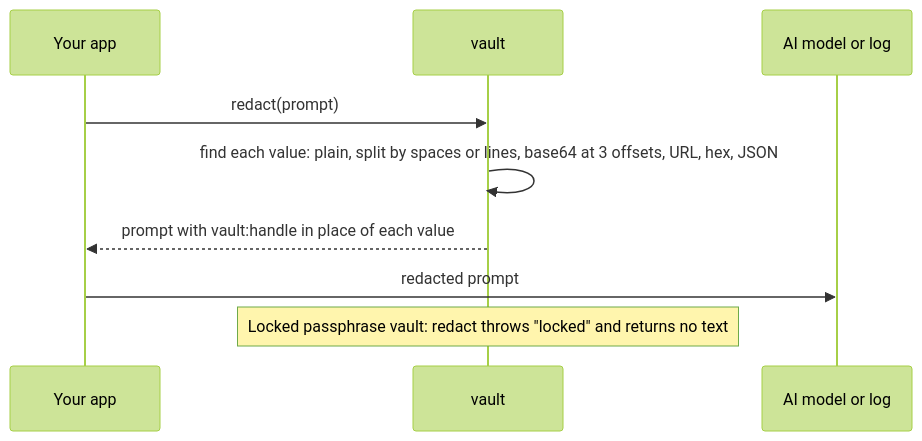
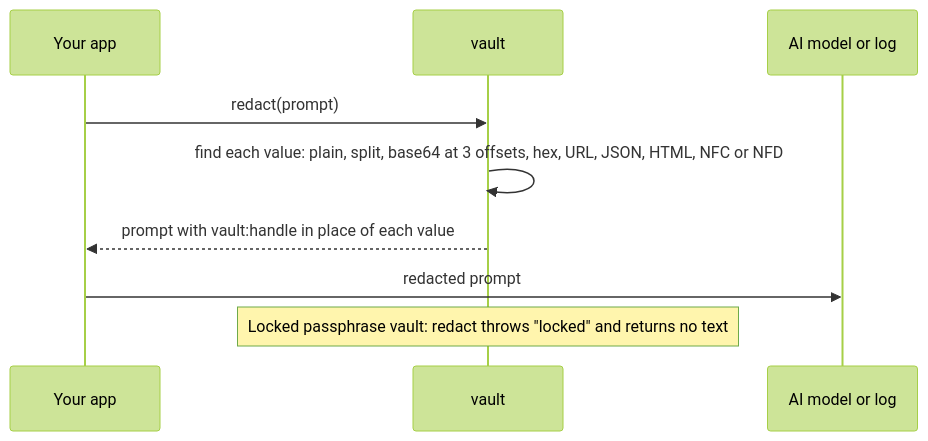
One commit to pooriaarab/foxvault changed the second of 3 diagrams in README.md. Above: the diagram before and after it, drawn with Mermaid (forest theme). The commit also changed other lines of this file and 3 other files, not shown here.

Commit message:
[FVT-27] Find more encodings of each value in redact (#28)

````diff
--- a/README.md
+++ b/README.md
@@ -91,11 +91,11 @@
 ```mermaid
 sequenceDiagram
   participant App as Your app
   participant V as vault
   participant M as AI model or log
   App->>V: redact(prompt)
-  V->>V: find each value: plain, split by spaces or lines, base64 at 3 offsets, URL, hex, JSON
+  V->>V: find each value: plain, split, base64 at 3 offsets, hex, URL, JSON, HTML, NFC or NFD
   V-->>App: prompt with vault:handle in place of each value
   App->>M: redacted prompt
   Note over V: Locked passphrase vault: redact throws "locked" and returns no text
 ```
````
